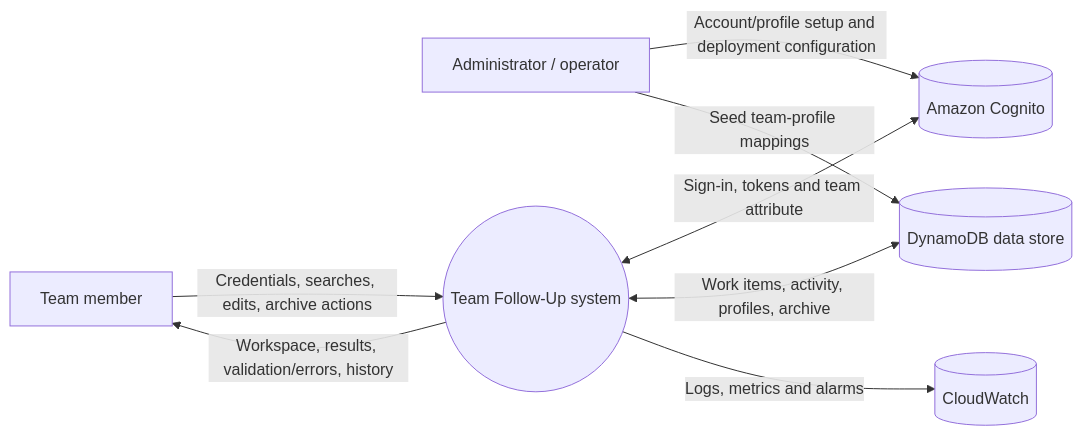
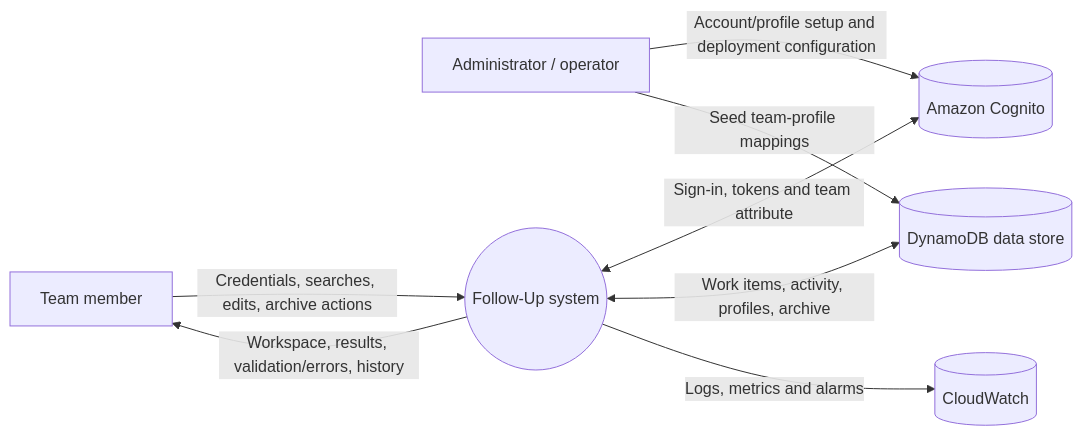
One commit to retzed/Team_Follow-Up_AWS-Deployment changed the fifth of 13 diagrams in docs/DOCUMENTATION.md. Above: the diagram before and after it, drawn with Mermaid. The commit also changed other lines of this file, not shown here.

```diff
--- a/docs/DOCUMENTATION.md
+++ b/docs/DOCUMENTATION.md
@@ -439,17 +439,17 @@
 ~~~mermaid
 flowchart LR
     Person[Team member]
     Operator[Administrator / operator]
-    System((Team Follow-Up system))
+    System((Follow-Up system))
     Cognito[(Amazon Cognito)]
     Database[(DynamoDB data store)]
     Monitor[(CloudWatch)]
 
     Person -->|Credentials, searches, edits, archive actions| System
     System -->|Workspace, results, validation/errors, history| Person
     System <-->|Sign-in, tokens and team attribute| Cognito
     System <-->|Work items, activity, profiles, archive| Database
     System -->|Logs, metrics and alarms| Monitor
     Operator -->|Account/profile setup and deployment configuration| Cognito
     Operator -->|Seed team-profile mappings| Database
 ~~~
```
